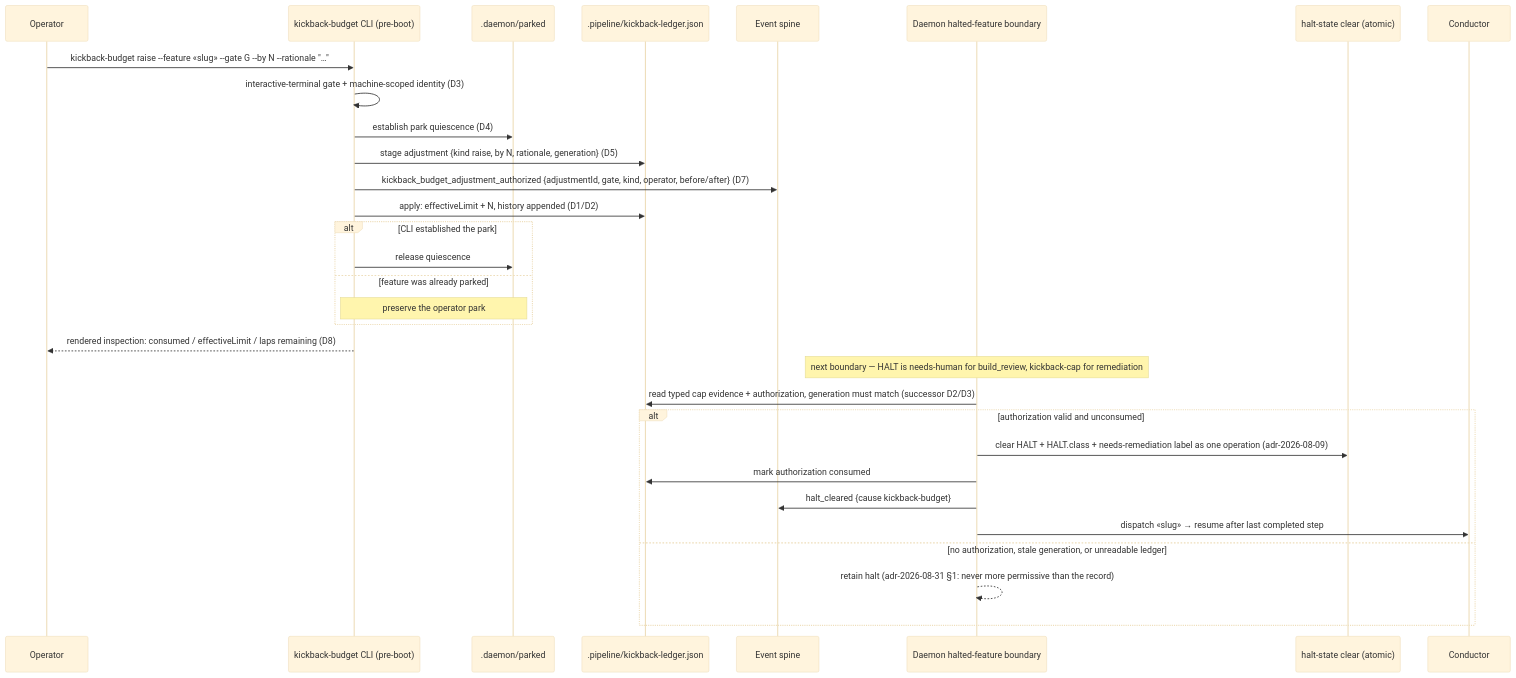
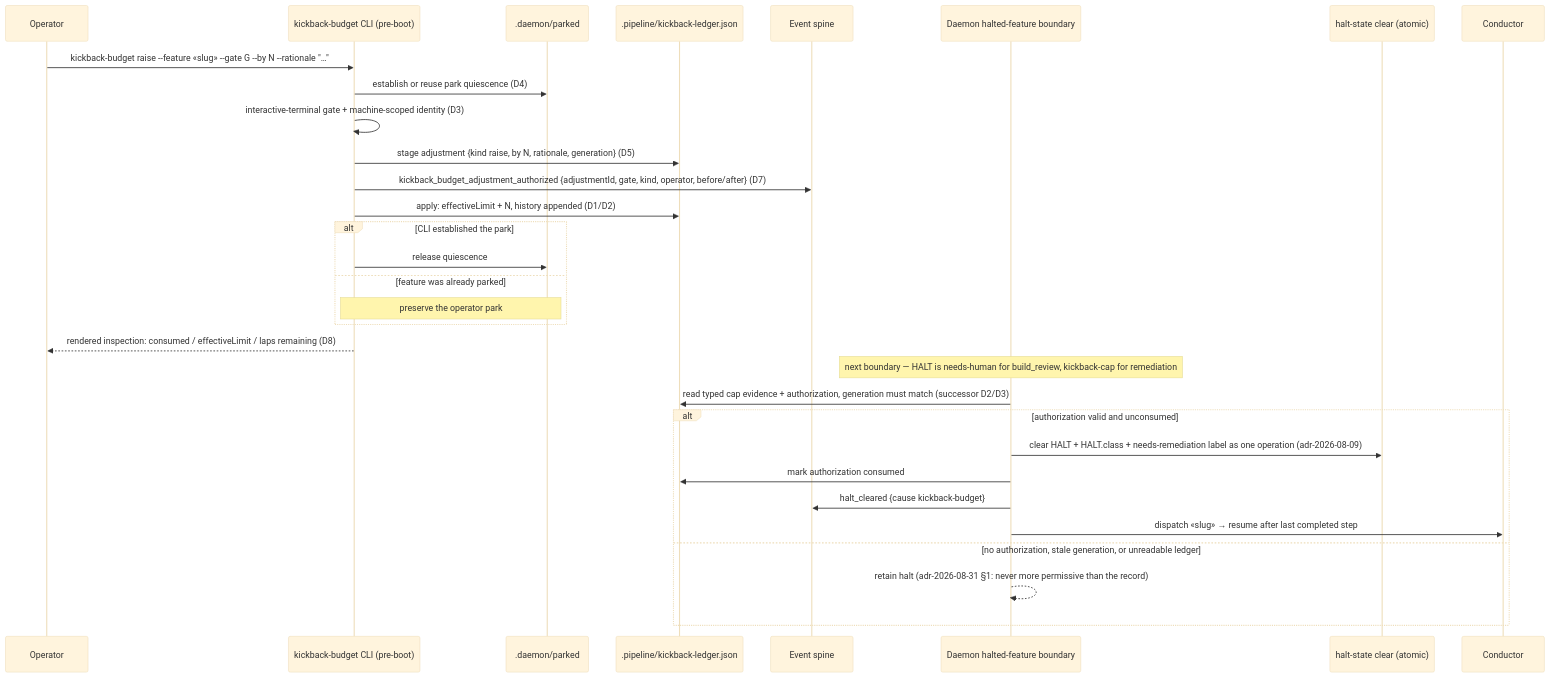
The second of 2 diagrams in .docs/architecture/sequences/a-halted-feature-only-re-runs-when-a-human-clears-.md (jstoup111/ai-conductor), drawn with Mermaid (base theme) before and after one commit. The commit also changed 7 other files, not shown here.

````diff
--- a/.docs/architecture/sequences/a-halted-feature-only-re-runs-when-a-human-clears-.md
+++ b/.docs/architecture/sequences/a-halted-feature-only-re-runs-when-a-human-clears-.md
@@ -35,34 +35,34 @@
 ```mermaid
 sequenceDiagram
   participant O as Operator
   participant K as kickback-budget CLI (pre-boot)
   participant P as .daemon/parked
   participant LG as .pipeline/kickback-ledger.json
   participant S as Event spine
   participant D as Daemon halted-feature boundary
   participant H as halt-state clear (atomic)
   participant C as Conductor
 
   O->>K: kickback-budget raise --feature «slug» --gate G --by N --rationale "…"
+  K->>P: establish or reuse park quiescence (D4)
   K->>K: interactive-terminal gate + machine-scoped identity (D3)
-  K->>P: establish park quiescence (D4)
   K->>LG: stage adjustment {kind raise, by N, rationale, generation} (D5)
   K->>S: kickback_budget_adjustment_authorized {adjustmentId, gate, kind, operator, before/after} (D7)
   K->>LG: apply: effectiveLimit + N, history appended (D1/D2)
   alt CLI established the park
     K->>P: release quiescence
   else feature was already parked
     Note over K,P: preserve the operator park
   end
   K-->>O: rendered inspection: consumed / effectiveLimit / laps remaining (D8)
   Note over D: next boundary — HALT is needs-human for build_review, kickback-cap for remediation
   D->>LG: read typed cap evidence + authorization, generation must match (successor D2/D3)
   alt authorization valid and unconsumed
     D->>H: clear HALT + HALT.class + needs-remediation label as one operation (adr-2026-08-09)
     D->>LG: mark authorization consumed
     D->>S: halt_cleared {cause kickback-budget}
     D->>C: dispatch «slug» → resume after last completed step
   else no authorization, stale generation, or unreadable ledger
     D-->>D: retain halt (adr-2026-08-31 §1: never more permissive than the record)
   end
 ```
````
